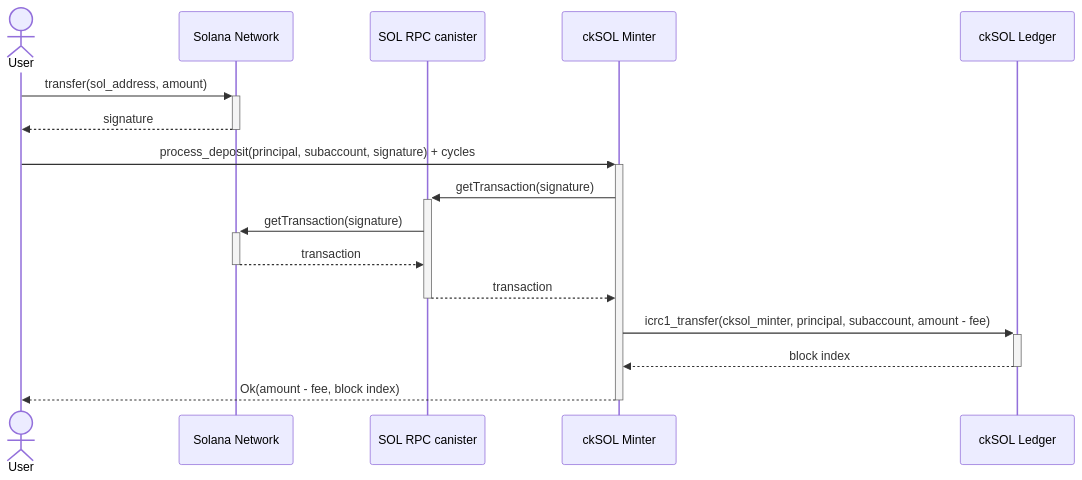
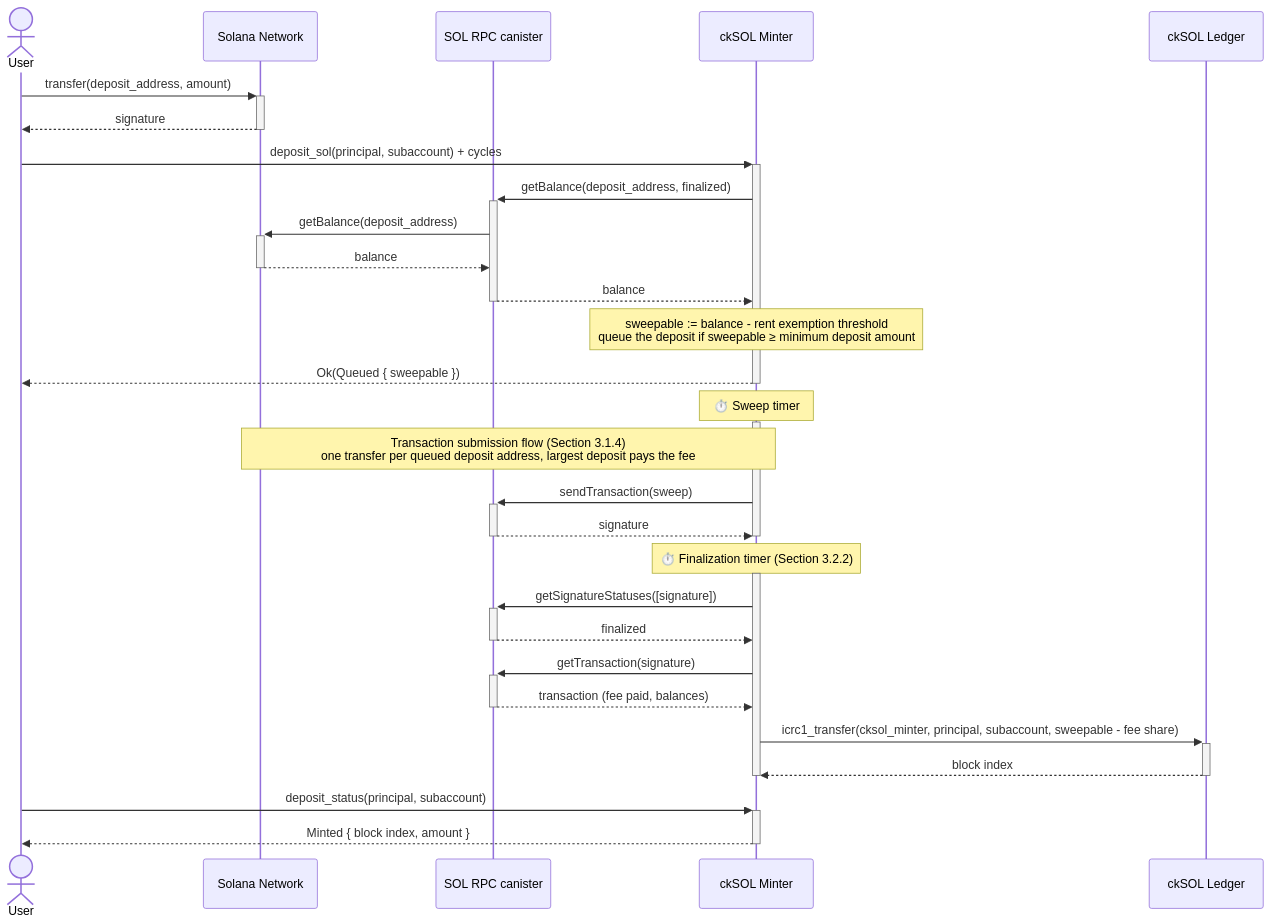
The third of 7 diagrams in docs/design.md (dfinity/cksol), drawn with Mermaid before and after one commit. The commit also changed other lines of this file, not shown here.

First line of the commit message:
docs(design): replace the signature-based manual flow with a balance sweep

````diff
--- a/docs/design.md
+++ b/docs/design.md
@@ -302,19 +302,38 @@
 ```mermaid
 sequenceDiagram
     actor User
     participant Solana as Solana Network
     participant RPC as SOL RPC canister
     participant Minter as ckSOL Minter
     participant Ledger as ckSOL Ledger
 
-    User->>+Solana: transfer(sol_address, amount)
+    User->>+Solana: transfer(deposit_address, amount)
     Solana-->>-User: signature
-    User->>+Minter: process_deposit(principal, subaccount, signature) + cycles
+    User->>+Minter: deposit_sol(principal, subaccount) + cycles
+    Minter->>+RPC: getBalance(deposit_address, finalized)
+    RPC->>+Solana: getBalance(deposit_address)
+    Solana-->>-RPC: balance
+    RPC-->>-Minter: balance
+    Note over Minter: sweepable := balance - rent exemption threshold<br/>queue the deposit if sweepable ≥ minimum deposit amount
+    Minter-->>-User: Ok(Queued { sweepable })
+
+    Note over Minter: ⏱️ Sweep timer
+    activate Minter
+    Note over Solana,Minter: Transaction submission flow (Section 3.1.4)<br/>one transfer per queued deposit address, largest deposit pays the fee
+    Minter->>+RPC: sendTransaction(sweep)
+    RPC-->>-Minter: signature
+    deactivate Minter
+
+    Note over Minter: ⏱️ Finalization timer (Section 3.2.2)
+    activate Minter
+    Minter->>+RPC: getSignatureStatuses([signature])
+    RPC-->>-Minter: finalized
     Minter->>+RPC: getTransaction(signature)
-    RPC->>+Solana: getTransaction(signature)
-    Solana-->>-RPC: transaction
-    RPC-->>-Minter: transaction
-    Minter->>+Ledger: icrc1_transfer(cksol_minter, principal, subaccount, amount - fee)
+    RPC-->>-Minter: transaction (fee paid, balances)
+    Minter->>+Ledger: icrc1_transfer(cksol_minter, principal, subaccount, sweepable - fee share)
     Ledger-->>-Minter: block index
-    Minter-->>-User: Ok(amount - fee, block index)
+    deactivate Minter
+
+    User->>+Minter: deposit_status(principal, subaccount)
+    Minter-->>-User: Minted { block index, amount }
 ```
````
